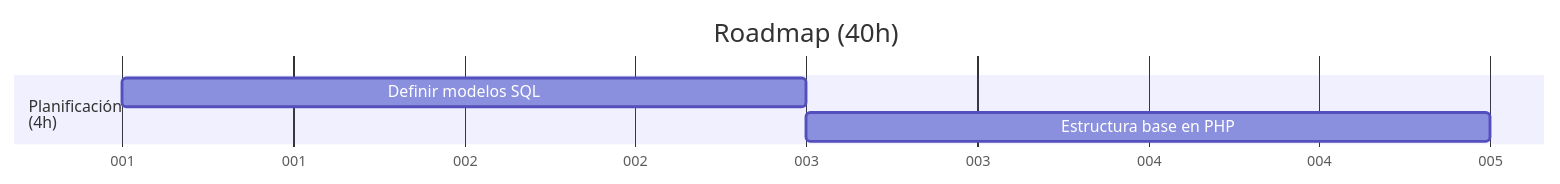
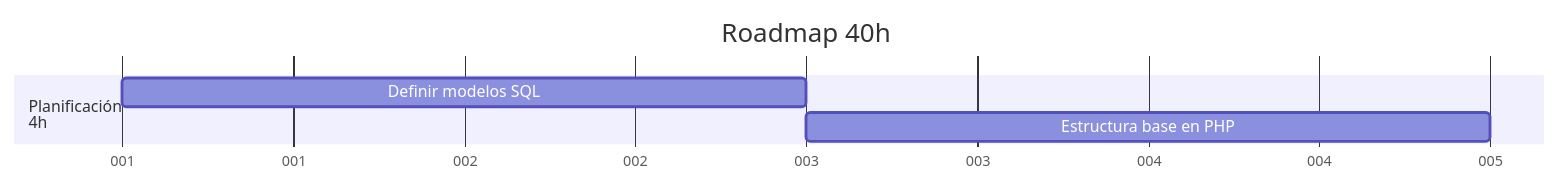
The diagram in .md/1.plan.md (Covija97/badentracker), drawn with Mermaid before and after one commit. The commit also changed other lines of this file, not shown here.

````diff
--- a/.md/1.plan.md
+++ b/.md/1.plan.md
@@ -8,10 +8,10 @@
 ```mermaid
 gantt
-    title Roadmap (40h)
+    title Roadmap 40h
     dateFormat  DDD
     axisFormat %j
 
-    section Planificación<br>(4h)
+    section Planificación<br>4h
     Definir modelos SQL         : 01-01, 2d
     Estructura base en PHP      : 01-03, 2d
 ```
````
